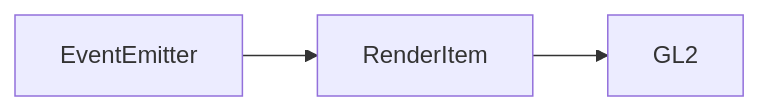
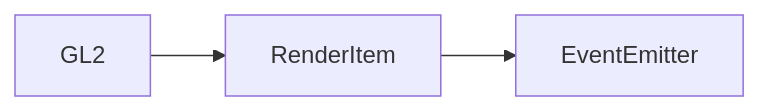
Before and after one commit to unanmed/HumanBreak: the diagram in docs/api/motajs-render-core/GL2.md, drawn with Mermaid. The commit also changed 37 other files, not shown here.

````diff
--- a/docs/api/motajs-render-core/GL2.md
+++ b/docs/api/motajs-render-core/GL2.md
@@ -9,5 +9,7 @@
 ```mermaid
 graph LR
-    EventEmitter --> RenderItem
-    RenderItem --> GL2
+    GL2 --> RenderItem --> EventEmitter
+
+    click RenderItem "./RenderItem"
+    click EventEmitter "https://nodejs.org/api/events.html#class-eventemitter"
 ```
````
